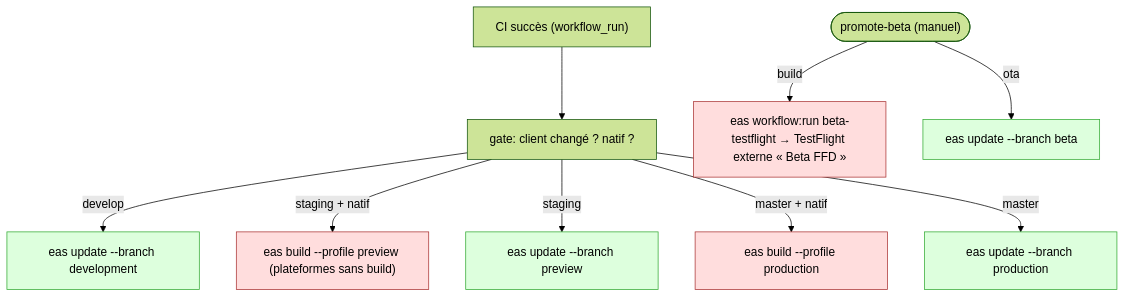
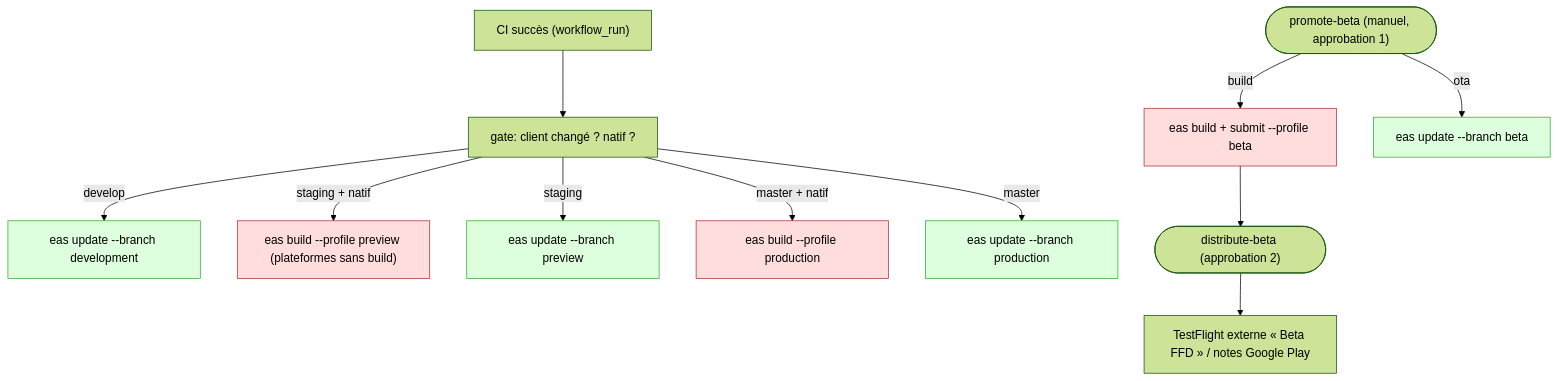
The fourth of 5 diagrams in docs/exploitation/ci-cd.md (SIMOND-ANCE-BROS/FFD-Connect), drawn with Mermaid (forest theme) before and after one commit. The commit also changed other lines of this file and 11 other files, not shown here.

````diff
--- a/docs/exploitation/ci-cd.md
+++ b/docs/exploitation/ci-cd.md
@@ -225,16 +225,18 @@
 ```mermaid
 flowchart TD
     ci["CI succès (workflow_run)"] --> g["gate: client changé ? natif ?"]
     g -->|develop| d1["eas update --branch development"]
     g -->|staging + natif| s1["eas build --profile preview (plateformes sans build)"]
     g -->|staging| s2["eas update --branch preview"]
     g -->|master + natif| m1["eas build --profile production"]
     g -->|master| m2["eas update --branch production"]
-    manual(["promote-beta (manuel)"]) -->|build| b1["eas workflow:run beta-testflight → TestFlight externe « Beta FFD »"]
+    manual(["promote-beta (manuel, approbation 1)"]) -->|build| b1["eas build + submit --profile beta"]
+    b1 --> dist(["distribute-beta (approbation 2)"])
+    dist --> b3["TestFlight externe « Beta FFD » / notes Google Play"]
     manual -->|ota| b2["eas update --branch beta"]
 
     classDef ota fill:#dfd,stroke:#3a3;
     classDef native fill:#fdd,stroke:#a33;
     class d1,s2,m2,b2 ota;
     class s1,m1,b1 native;
 ```
````
